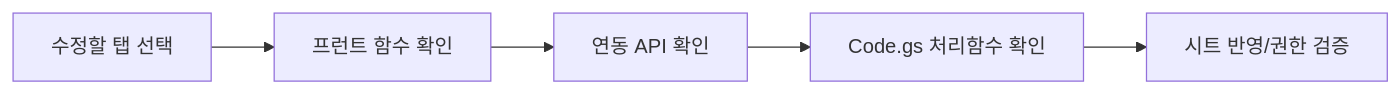
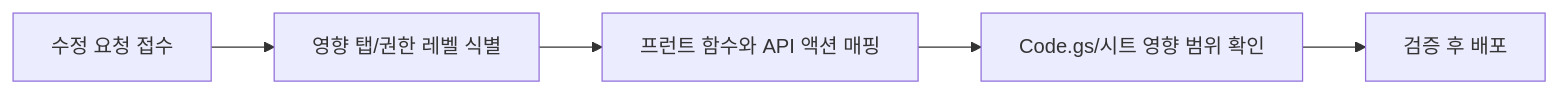
Before and after one commit to cloud-club/CloudClubAttendanceSystem: the diagram in docs/Wiki/03_Admin_Tab_Change_Map.md, drawn with Mermaid. The commit also changed other lines of this file and 7 other files, not shown here.

````diff
--- a/docs/Wiki/03_Admin_Tab_Change_Map.md
+++ b/docs/Wiki/03_Admin_Tab_Change_Map.md
@@ -6,7 +6,7 @@
 ```mermaid
 flowchart LR
-  A["수정할 탭 선택"] --> B["프런트 함수 확인"]
-  B --> C["연동 API 확인"]
-  C --> D["Code.gs 처리함수 확인"]
-  D --> E["시트 반영/권한 검증"]
+  A["수정 요청 접수"] --> B["영향 탭/권한 레벨 식별"]
+  B --> C["프런트 함수와 API 액션 매핑"]
+  C --> D["Code.gs/시트 영향 범위 확인"]
+  D --> E["검증 후 배포"]
 ```
````
